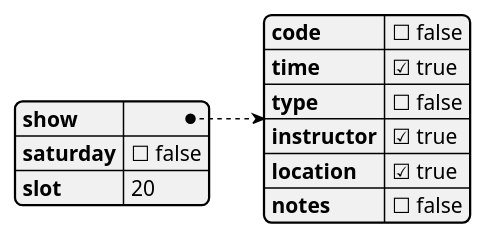
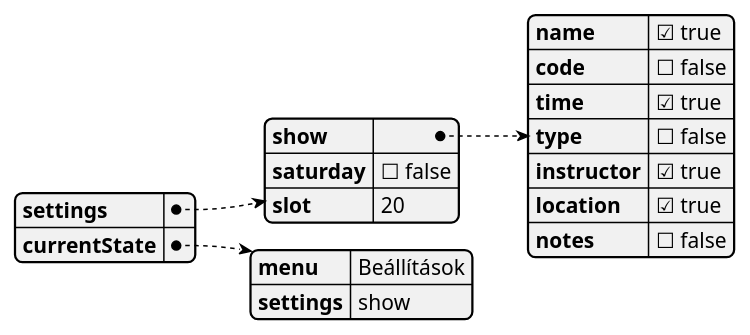
One commit to Vdor01/orarendtervezo changed the diagram in uml/settings-json.puml. Above: the diagram before and after it, drawn with PlantUML. The commit also changed 6 other files, not shown here.

Commit message:
Added #17 subject name in the settings

```diff
--- a/uml/settings-json.puml
+++ b/uml/settings-json.puml
@@ -1,14 +1,21 @@
-@startjson settings
+@startjson state
 {
-    "show": {
-        "code": false,
-        "time": true,
-        "type": false,
-        "instructor": true,
-        "location": true,
-        "notes": false
+    "settings": {
+        "show": {
+            "name": true,
+            "code": false,
+            "time": true,
+            "type": false,
+            "instructor": true,
+            "location": true,
+            "notes": false
+        },
+        "saturday": false,
+        "slot": 20
     },
-    "saturday": false,
-    "slot": 20
+    "currentState": {
+        "menu": "Beállítások",
+        "settings": "show"
+    }
 }
 @endjson
```
